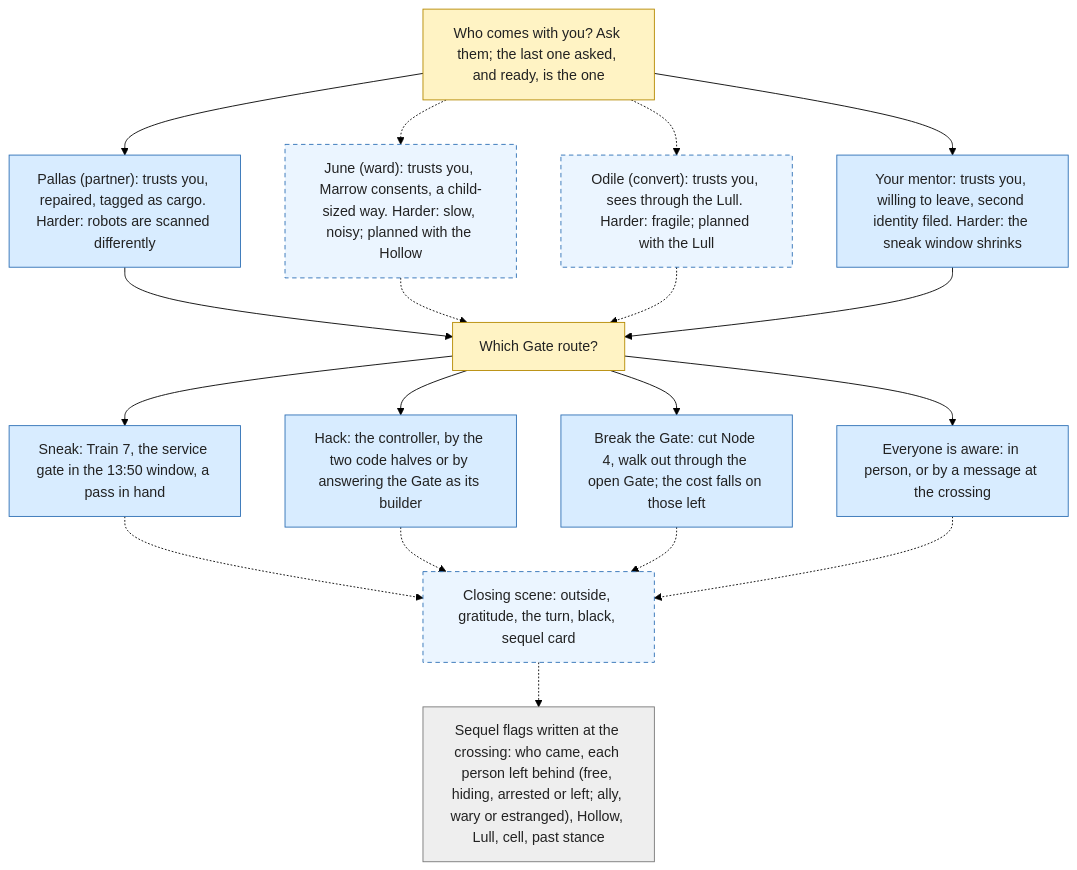
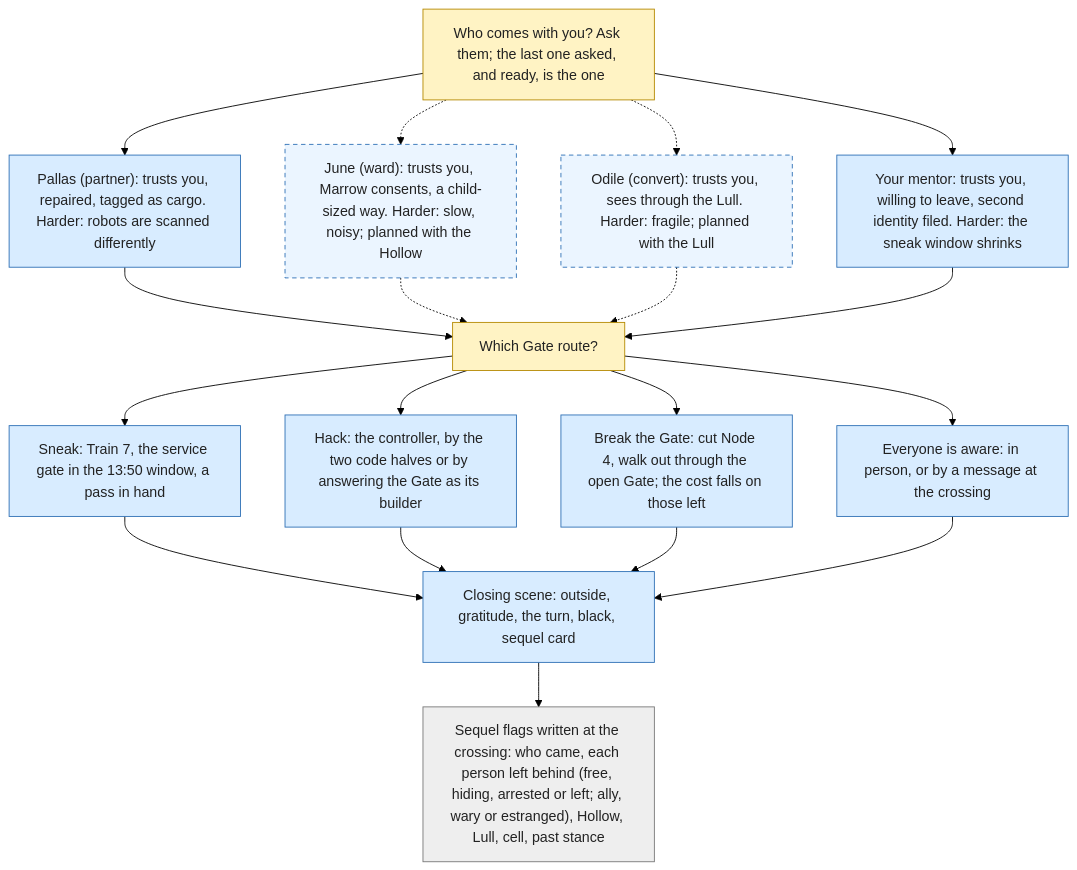
One commit to chrislee35/quiet-hours changed the sixth of 7 diagrams in docs/decision-tree.md. Above: the diagram before and after it, drawn with Mermaid (forest theme). The commit also changed other lines of this file and 20 other files, not shown here.

````diff
--- a/docs/decision-tree.md
+++ b/docs/decision-tree.md
@@ -212,41 +212,41 @@
 ```mermaid
 flowchart TD
   n_cp["Who comes with you? Ask them; the last one asked, and ready, is the one"]
   n_pallas["Pallas (partner): trusts you, repaired, tagged as cargo. Harder: robots are scanned differently"]
   n_june["June (ward): trusts you, Marrow consents, a child-sized way. Harder: slow, noisy; planned with the Hollow"]
   n_odile["Odile (convert): trusts you, sees through the Lull. Harder: fragile; planned with the Lull"]
   n_mentorc["Your mentor: trusts you, willing to leave, second identity filed. Harder: the sneak window shrinks"]
   n_rt["Which Gate route?"]
   n_sneak["Sneak: Train 7, the service gate in the 13:50 window, a pass in hand"]
   n_hack["Hack: the controller, by the two code halves or by answering the Gate as its builder"]
   n_break["Break the Gate: cut Node 4, walk out through the open Gate; the cost falls on those left"]
   n_aware["Everyone is aware: in person, or by a message at the crossing"]
   n_scene["Closing scene: outside, gratitude, the turn, black, sequel card"]
   n_flags["Sequel flags written at the crossing: who came, each person left behind (free, hiding, arrested or left; ally, wary or estranged), Hollow, Lull, cell, past stance"]
   n_cp --> n_pallas
   n_cp -.-> n_june
   n_cp -.-> n_odile
   n_cp --> n_mentorc
   n_pallas --> n_rt
   n_june -.-> n_rt
   n_odile -.-> n_rt
   n_mentorc --> n_rt
   n_rt --> n_sneak
   n_rt --> n_hack
   n_rt --> n_break
-  n_sneak -.-> n_scene
-  n_hack -.-> n_scene
-  n_break -.-> n_scene
-  n_scene -.-> n_flags
+  n_sneak --> n_scene
+  n_hack --> n_scene
+  n_break --> n_scene
+  n_scene --> n_flags
   n_rt --> n_aware
-  n_aware -.-> n_scene
+  n_aware --> n_scene
   class n_cp,n_rt decision
   class n_pallas,n_june,n_odile,n_mentorc,n_sneak,n_hack,n_break,n_aware,n_scene outcome
   class n_flags state
-  class n_june,n_odile,n_scene planned
+  class n_june,n_odile planned
   classDef decision fill:#fff3c4,stroke:#b58900,color:#222
   classDef outcome fill:#d8ecff,stroke:#2d6fb5,color:#222
   classDef achievement fill:#d9f2d9,stroke:#2e8b3d,color:#222
   classDef state fill:#eeeeee,stroke:#777,color:#222
   classDef planned stroke-dasharray:5 4,fill-opacity:0.5
 ```
````
